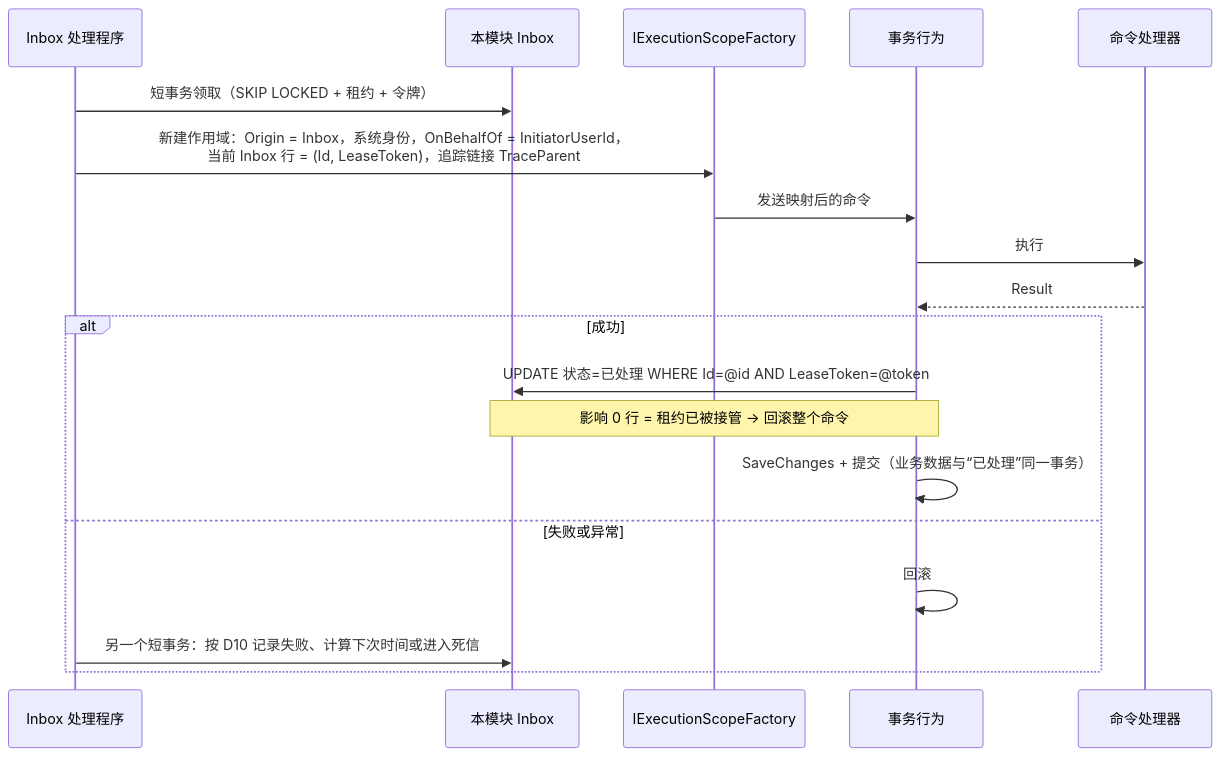
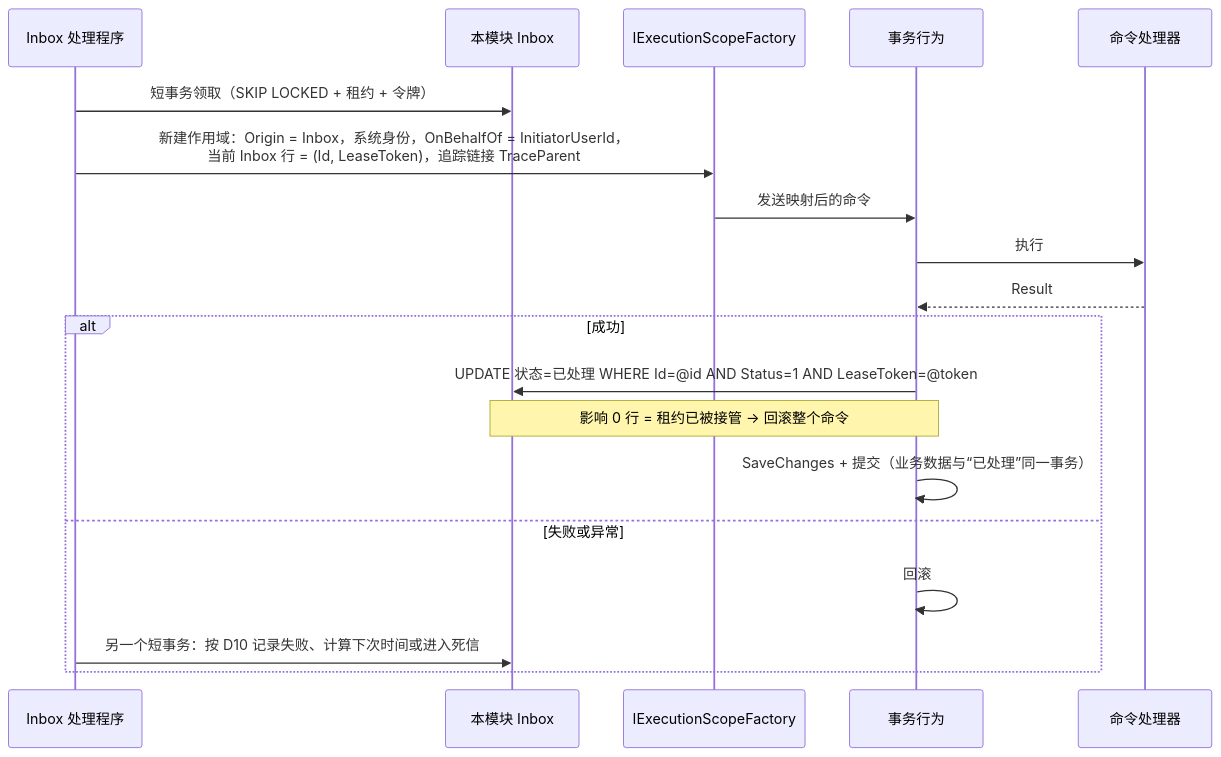
One commit to gw-hhh/KMIC.Platform changed the fourth of 4 diagrams in docs/framework/05-infrastructure/05-07-模块间通信.md. Above: the diagram before and after it, drawn with Mermaid. The commit also changed other lines of this file and 2 other files, not shown here.

````diff
--- a/docs/framework/05-infrastructure/05-07-模块间通信.md
+++ b/docs/framework/05-infrastructure/05-07-模块间通信.md
@@ -564,21 +563,21 @@
 ```mermaid
 sequenceDiagram
     participant P as Inbox 处理程序
     participant IB as 本模块 Inbox
     participant S as IExecutionScopeFactory
     participant T as 事务行为
     participant H as 命令处理器
     P->>IB: 短事务领取（SKIP LOCKED + 租约 + 令牌）
     P->>S: 新建作用域：Origin = Inbox，系统身份，OnBehalfOf = InitiatorUserId，<br/>当前 Inbox 行 = (Id, LeaseToken)，追踪链接 TraceParent
     S->>T: 发送映射后的命令
     T->>H: 执行
     H-->>T: Result
     alt 成功
-        T->>IB: UPDATE 状态=已处理 WHERE Id=@id AND LeaseToken=@token
+        T->>IB: UPDATE 状态=已处理 WHERE Id=@id AND Status=1 AND LeaseToken=@token
         Note over T,IB: 影响 0 行 = 租约已被接管 → 回滚整个命令
         T->>T: SaveChanges + 提交（业务数据与“已处理”同一事务）
     else 失败或异常
         T->>T: 回滚
         P->>IB: 另一个短事务：按 D10 记录失败、计算下次时间或进入死信
     end
 ```
````
